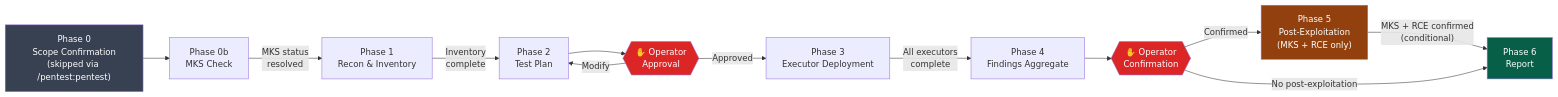
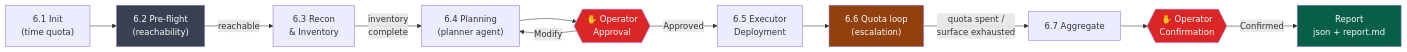
One commit to LyesH4ck/claude-whitebox changed the second of 2 diagrams in README.md. Above: the diagram before and after it, drawn with Mermaid. The commit also changed other lines of this file and 15 other files, not shown here.

First line of the commit message:
chore: ship v2.2.6 — command-owned orchestration, time-budget quota, report contract

````diff
--- a/README.md
+++ b/README.md
@@ -275,31 +278,30 @@
 ```mermaid
 flowchart LR
-    P0["Phase 0\nScope Confirmation\n(skipped via /pentest:pentest)"]
-    P0B["Phase 0b\nMKS Check"]
-    P1["Phase 1\nRecon & Inventory"]
-    P2["Phase 2\nTest Plan"]
+    P1["6.1 Init\n(time quota)"]
+    P2["6.2 Pre-flight\n(reachability)"]
+    P3["6.3 Recon\n& Inventory"]
+    P4["6.4 Planning\n(planner agent)"]
     GATE1{{"✋ Operator\nApproval"}}
-    P3["Phase 3\nExecutor Deployment"]
-    P4["Phase 4\nFindings Aggregate"]
+    P5["6.5 Executor\nDeployment"]
+    P6["6.6 Quota loop\n(escalation)"]
+    P7["6.7 Aggregate"]
     GATE2{{"✋ Operator\nConfirmation"}}
-    P5["Phase 5\nPost-Exploitation\n(MKS + RCE only)"]
-    P6["Phase 6\nReport"]
+    P8["Report\njson + report.md"]
 
-    P0 --> P0B
-    P0B -->|"MKS status\nresolved"| P1
-    P1 -->|"Inventory\ncomplete"| P2
-    P2 --> GATE1
-    GATE1 -->|"Approved"| P3
-    GATE1 -->|"Modify"| P2
-    P3 -->|"All executors\ncomplete"| P4
-    P4 --> GATE2
-    GATE2 -->|"Confirmed"| P5
-    P5 -->|"MKS + RCE confirmed\n(conditional)"| P6
-    GATE2 -->|"No post-exploitation"| P6
+    P1 --> P2
+    P2 -->|"reachable"| P3
+    P3 -->|"inventory\ncomplete"| P4
+    P4 --> GATE1
+    GATE1 -->|"Approved"| P5
+    GATE1 -->|"Modify"| P4
+    P5 --> P6
+    P6 -->|"quota spent /\nsurface exhausted"| P7
+    P7 --> GATE2
+    GATE2 -->|"Confirmed"| P8
 
     style GATE1 fill:#DC2626,color:#fff
     style GATE2 fill:#DC2626,color:#fff
-    style P0 fill:#374151,color:#fff
-    style P5 fill:#92400E,color:#fff
-    style P6 fill:#065F46,color:#fff
+    style P2 fill:#374151,color:#fff
+    style P6 fill:#92400E,color:#fff
+    style P8 fill:#065F46,color:#fff
 ```
````
